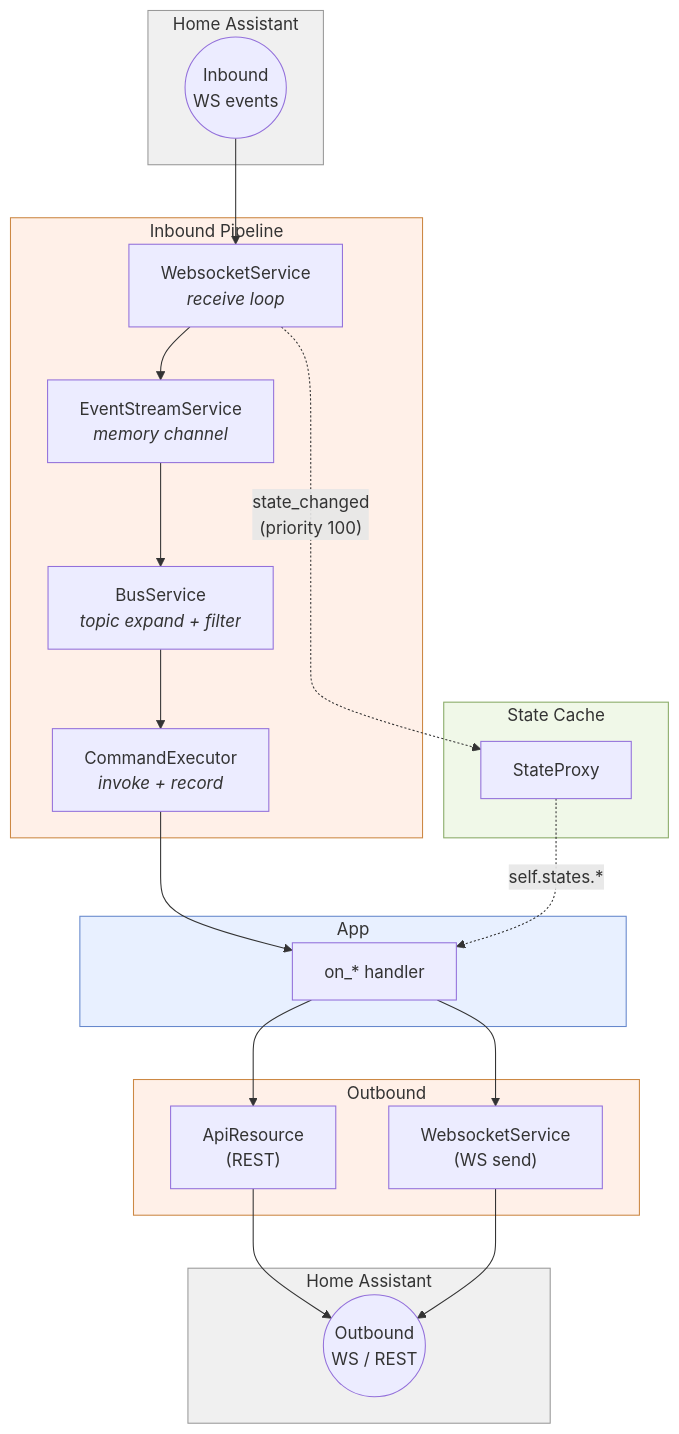
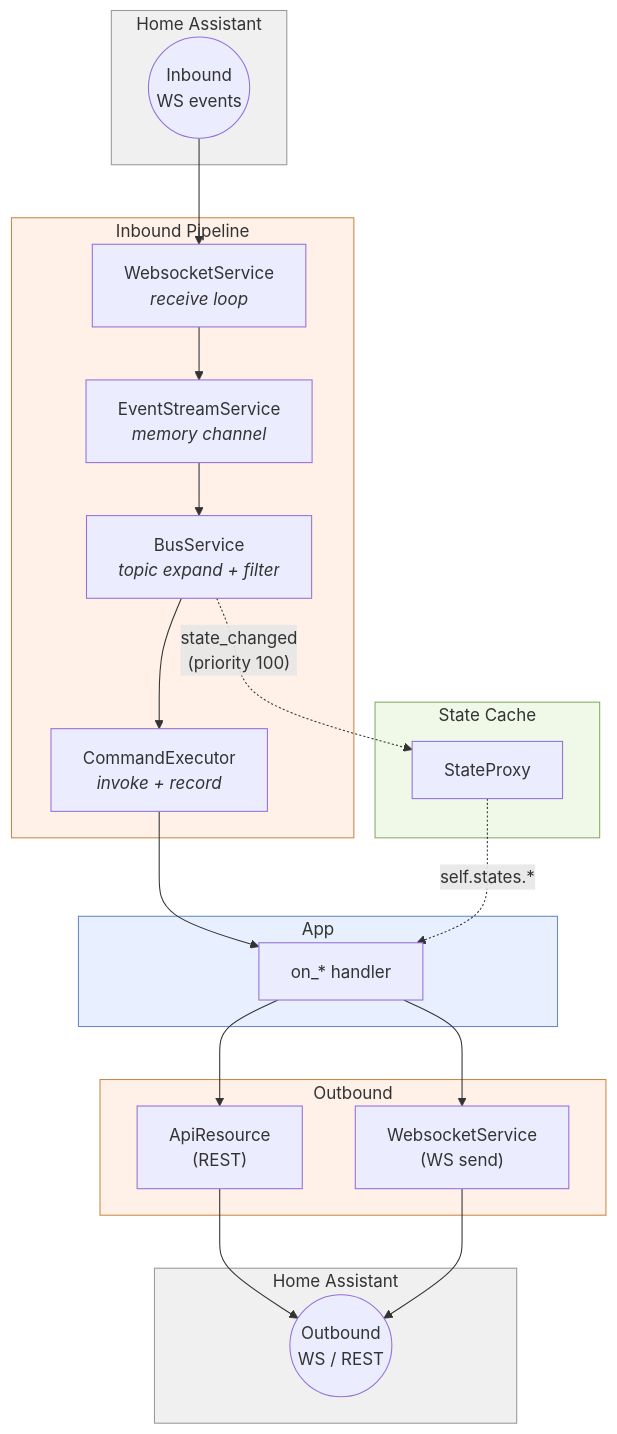
One commit to NodeJSmith/hassette changed the first of 3 diagrams in docs/pages/core-concepts/internals/index.md. Above: the diagram before and after it, drawn with Mermaid. The commit also changed other lines of this file, not shown here.

First line of the commit message:
docs: fix StateProxy edge and explain listener priority in architecture page

````diff
--- a/docs/pages/core-concepts/internals/index.md
+++ b/docs/pages/core-concepts/internals/index.md
@@ -17,48 +17,48 @@
 ```mermaid
 flowchart TD
     accTitle: Event and Data Flow
     accDescr: Inbound event pipeline and outbound API calls
 
     subgraph ha_in["Home Assistant"]
         HA_IN(("Inbound<br/>WS events"))
     end
 
     subgraph inbound["Inbound Pipeline"]
         WS["WebsocketService<br/><i>receive loop</i>"]
         ESS["EventStreamService<br/><i>memory channel</i>"]
         BS["BusService<br/><i>topic expand + filter</i>"]
         CE["CommandExecutor<br/><i>invoke + record</i>"]
         WS --> ESS --> BS --> CE
     end
 
     subgraph cache["State Cache"]
         SP["StateProxy"]
     end
 
     subgraph app["App"]
         Handler["on_* handler"]
     end
 
     subgraph outbound["Outbound"]
         AR["ApiResource<br/>(REST)"]
         WSOut["WebsocketService<br/>(WS send)"]
     end
 
     subgraph ha_out["Home Assistant"]
         HA_OUT(("Outbound<br/>WS / REST"))
     end
 
     HA_IN --> WS
-    WS -. "state_changed<br/>(priority 100)" .-> SP
+    BS -. "state_changed<br/>(priority 100)" .-> SP
     CE --> Handler
     SP -. "self.states.*" .-> Handler
     Handler --> AR & WSOut
     AR & WSOut --> HA_OUT
 
     style ha_in fill:#f0f0f0,stroke:#999
     style ha_out fill:#f0f0f0,stroke:#999
     style inbound fill:#fff0e8,stroke:#cc8844
     style cache fill:#f0f8e8,stroke:#88aa66
     style app fill:#e8f0ff,stroke:#6688cc
     style outbound fill:#fff0e8,stroke:#cc8844
 ```
````
